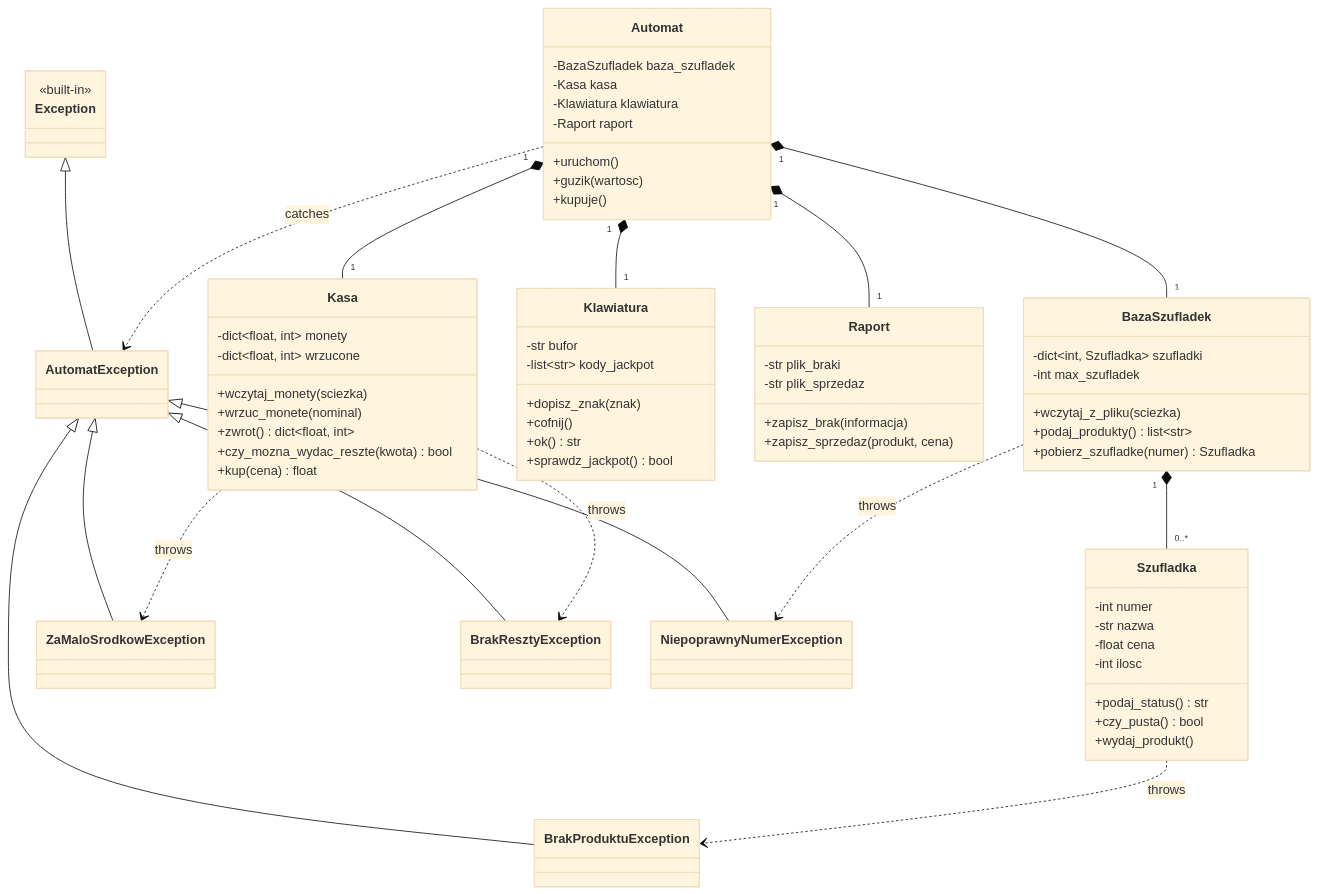
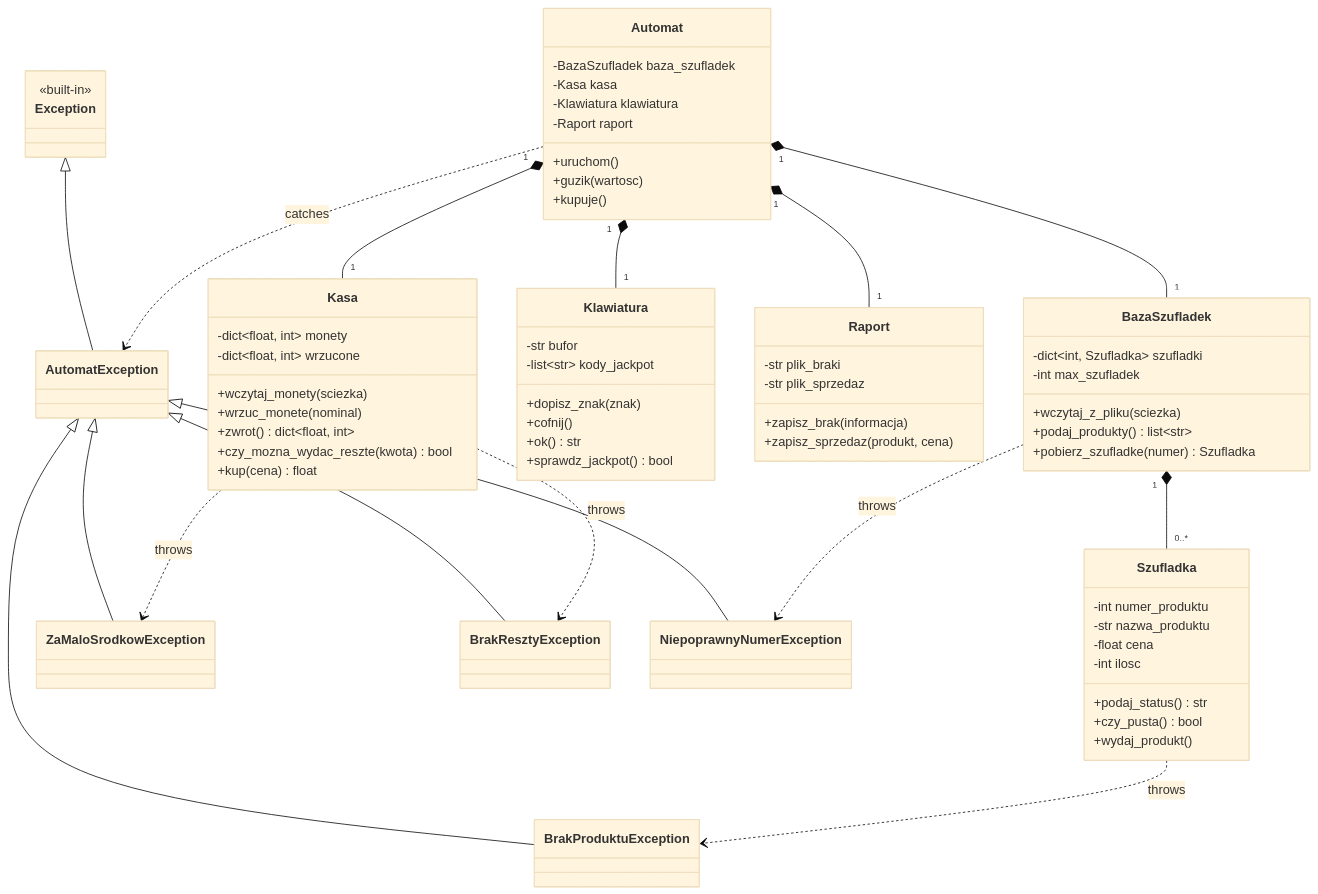
One commit to AleksdeW/Projekt_ZPO changed the diagram in docs/diagram klas.md. Above: the diagram before and after it, drawn with Mermaid (base theme).

Commit message:
Update attributes in Szufladka class

```diff
--- a/docs/diagram klas.md
+++ b/docs/diagram klas.md
@@ -19,8 +19,8 @@
     }
 
     class Szufladka {
-        -int numer
-        -str nazwa
+        -int numer_produktu
+        -str nazwa_produktu
         -float cena
         -int ilosc
         +podaj_status() str
```
